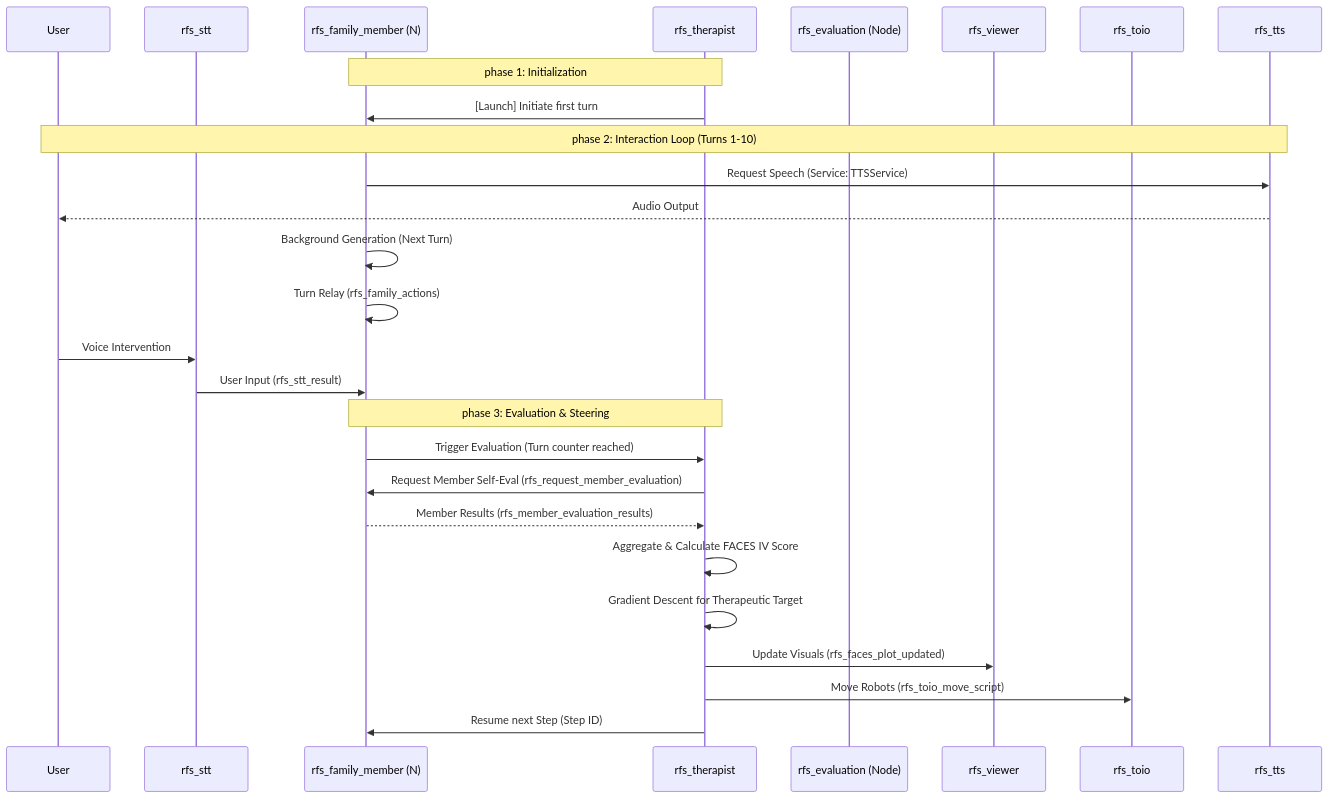
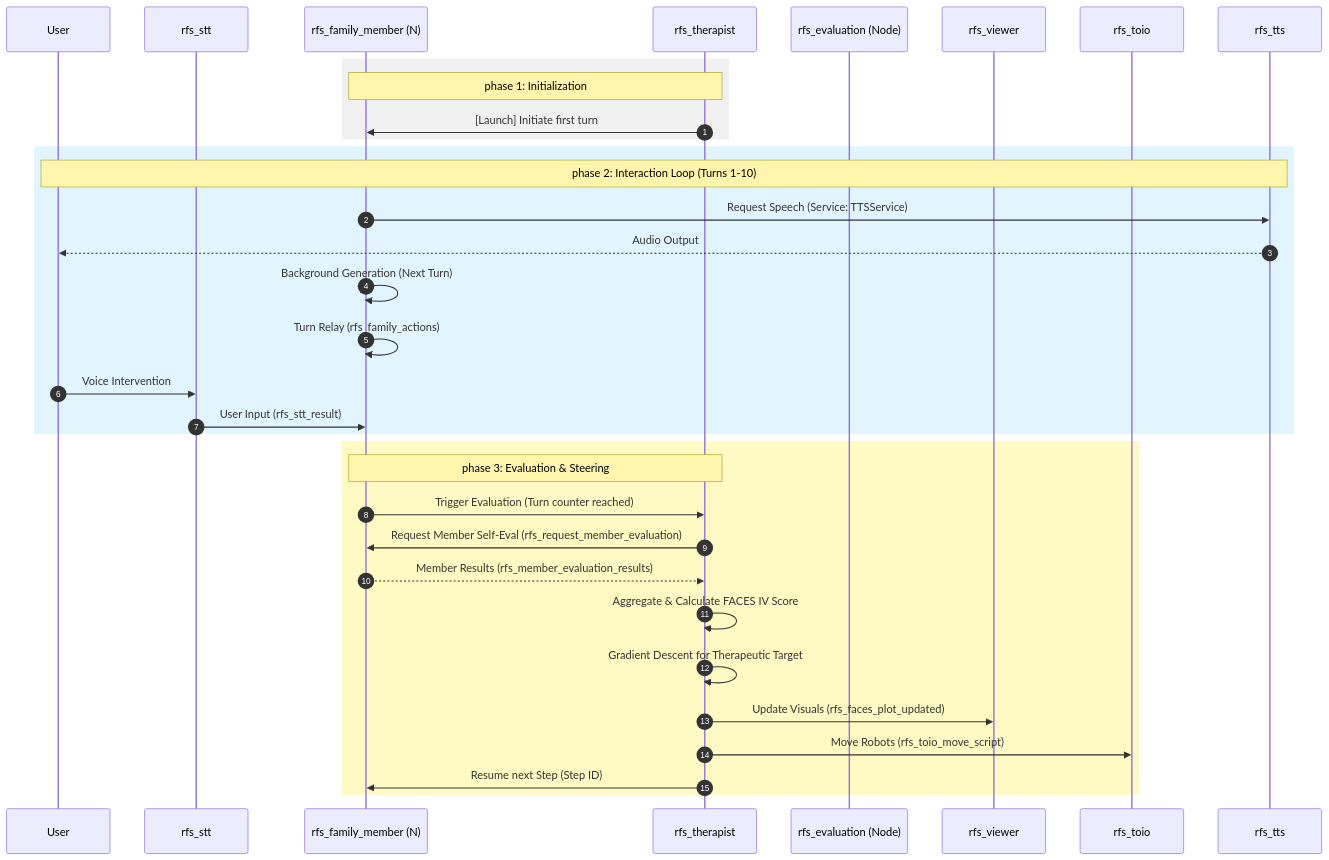
One commit to robotaichi/rfs changed the diagram in README.md. Above: the diagram before and after it, drawn with Mermaid.

Commit message:
Enhance architecture diagram with color-coded phase grouping

````diff
--- a/README.md
+++ b/README.md
@@ -18,32 +18,39 @@
 ```mermaid
 sequenceDiagram
+    autonumber
     participant User
     participant STT as rfs_stt
     participant Fam as rfs_family_member (N)
     participant Ther as rfs_therapist
     participant Eval as rfs_evaluation (Node)
     participant Plot as rfs_viewer
     participant Toio as rfs_toio
     participant TTS as rfs_tts
 
+    rect rgb(240, 240, 240)
     Note over Ther, Fam: phase 1: Initialization
     Ther->>Fam: [Launch] Initiate first turn
+    end
     
+    rect rgb(225, 245, 254)
     Note over User, TTS: phase 2: Interaction Loop (Turns 1-10)
     Fam->>TTS: Request Speech (Service: TTSService)
     TTS-->>User: Audio Output
     Fam->>Fam: Background Generation (Next Turn)
     Fam->>Fam: Turn Relay (rfs_family_actions)
     User->>STT: Voice Intervention
     STT->>Fam: User Input (rfs_stt_result)
+    end
     
+    rect rgb(255, 249, 196)
     Note over Fam, Ther: phase 3: Evaluation & Steering
     Fam->>Ther: Trigger Evaluation (Turn counter reached)
     Ther->>Fam: Request Member Self-Eval (rfs_request_member_evaluation)
     Fam-->>Ther: Member Results (rfs_member_evaluation_results)
     Ther->>Ther: Aggregate & Calculate FACES IV Score
     Ther->>Ther: Gradient Descent for Therapeutic Target
     Ther->>Plot: Update Visuals (rfs_faces_plot_updated)
     Ther->>Toio: Move Robots (rfs_toio_move_script)
     Ther->>Fam: Resume next Step (Step ID)
+    end
 ```
````
